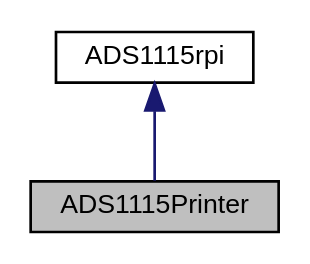
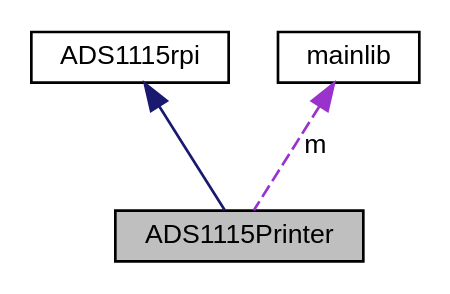
One commit to Kaixinwang99/The-Gaming-Gauntlet changed the diagram in docs/rtf/classADS1115Printer__coll__graph.dot. Above: the diagram before and after it, drawn with Graphviz. The commit also changed 420 other files, not shown here.

```diff
--- a/docs/rtf/classADS1115Printer__coll__graph.dot
+++ b/docs/rtf/classADS1115Printer__coll__graph.dot
@@ -1,9 +1,11 @@
 digraph "ADS1115Printer"
 {
  // LATEX_PDF_SIZE
   edge [fontname="Helvetica",fontsize="10",labelfontname="Helvetica",labelfontsize="10"];
   node [fontname="Helvetica",fontsize="10",shape=record];
   Node1 [label="ADS1115Printer",height=0.2,width=0.4,color="black", fillcolor="grey75", style="filled", fontcolor="black",tooltip=" "];
   Node2 -> Node1 [dir="back",color="midnightblue",fontsize="10",style="solid",fontname="Helvetica"];
   Node2 [label="ADS1115rpi",height=0.2,width=0.4,color="black", fillcolor="white", style="filled",URL="$classADS1115rpi.html",tooltip="This class reads data from the ADS1115 in the background (separate thread) and calls a callback funct..."];
+  Node3 -> Node1 [dir="back",color="darkorchid3",fontsize="10",style="dashed",label=" m" ,fontname="Helvetica"];
+  Node3 [label="mainlib",height=0.2,width=0.4,color="black", fillcolor="white", style="filled",URL="$classmainlib.html",tooltip=" "];
 }
```
